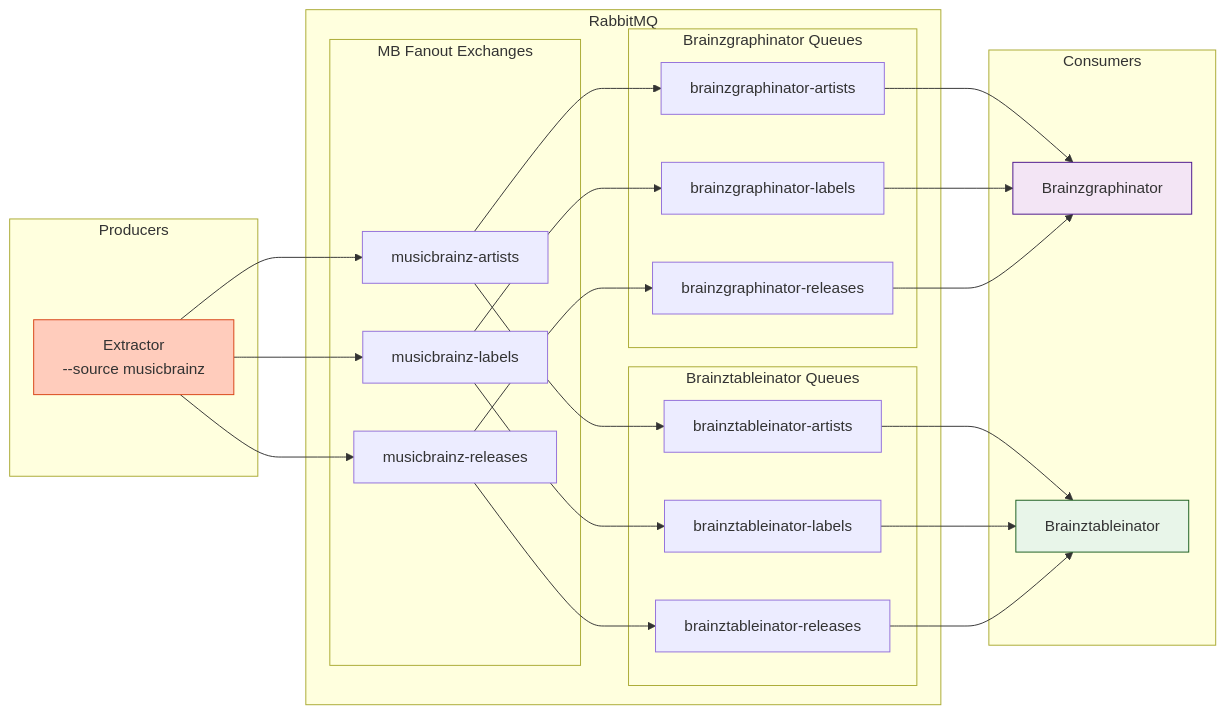
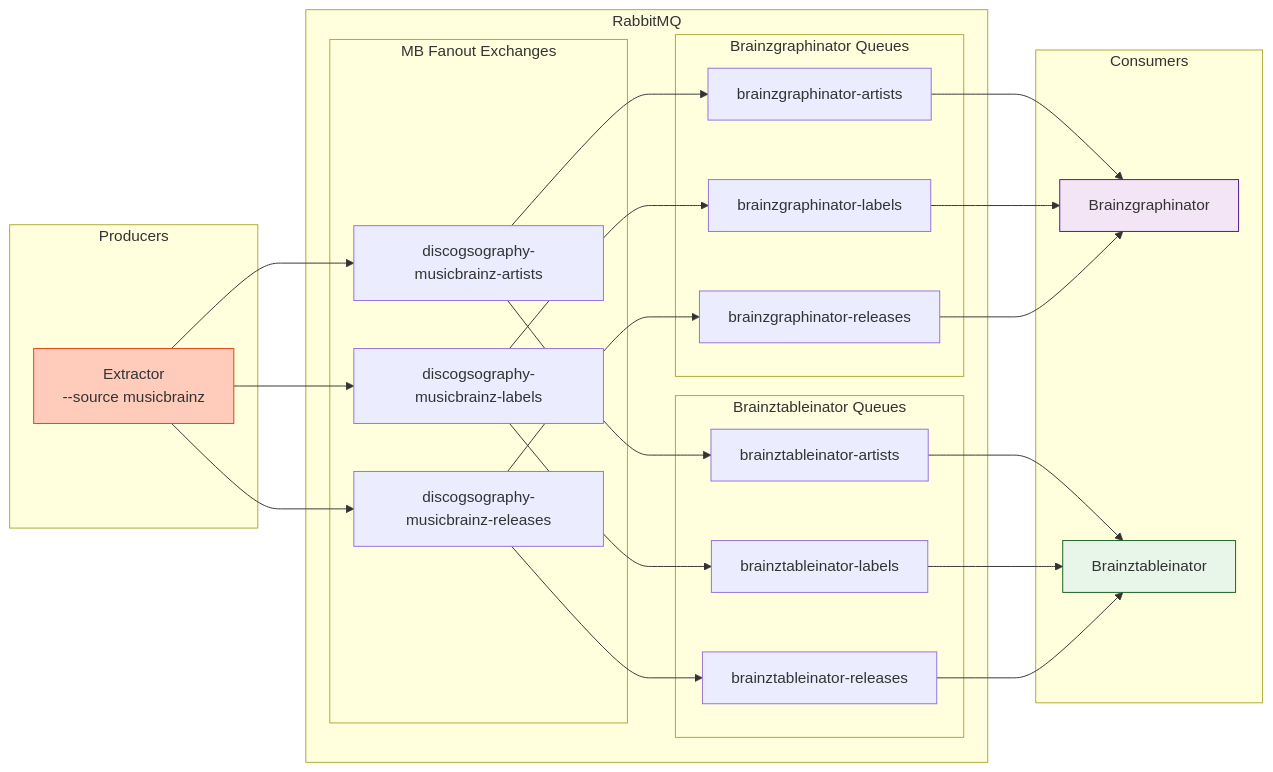
Before and after one commit to groovemap-music/deployment: the sixth of 6 diagrams in docs/architecture.md, drawn with Mermaid. The commit also changed other lines of this file and 2 other files, not shown here.

````diff
--- a/docs/architecture.md
+++ b/docs/architecture.md
@@ -686,44 +686,44 @@
 ```mermaid
 graph LR
     subgraph Producers
         EXT_MB[Extractor<br/>--source musicbrainz]
     end
 
     subgraph RabbitMQ
         subgraph MB Fanout Exchanges
-            MAQ[musicbrainz-artists]
-            MLQ[musicbrainz-labels]
-            MRQ[musicbrainz-releases]
+            MAQ[discogsography-musicbrainz-artists]
+            MLQ[discogsography-musicbrainz-labels]
+            MRQ[discogsography-musicbrainz-releases]
         end
 
         subgraph Brainzgraphinator Queues
             BGA[brainzgraphinator-artists]
             BGL[brainzgraphinator-labels]
             BGR[brainzgraphinator-releases]
         end
 
         subgraph Brainztableinator Queues
             BTA[brainztableinator-artists]
             BTL[brainztableinator-labels]
             BTR[brainztableinator-releases]
         end
     end
 
     subgraph Consumers
         BGRAPH[Brainzgraphinator]
         BTABLE[Brainztableinator]
     end
 
     EXT_MB --> MAQ & MLQ & MRQ
 
     MAQ --> BGA & BTA
     MLQ --> BGL & BTL
     MRQ --> BGR & BTR
 
     BGA & BGL & BGR --> BGRAPH
     BTA & BTL & BTR --> BTABLE
 
     style EXT_MB fill:#ffccbc,stroke:#d84315
     style BGRAPH fill:#f3e5f5,stroke:#4a148c
     style BTABLE fill:#e8f5e9,stroke:#1b5e20
 ```
````
